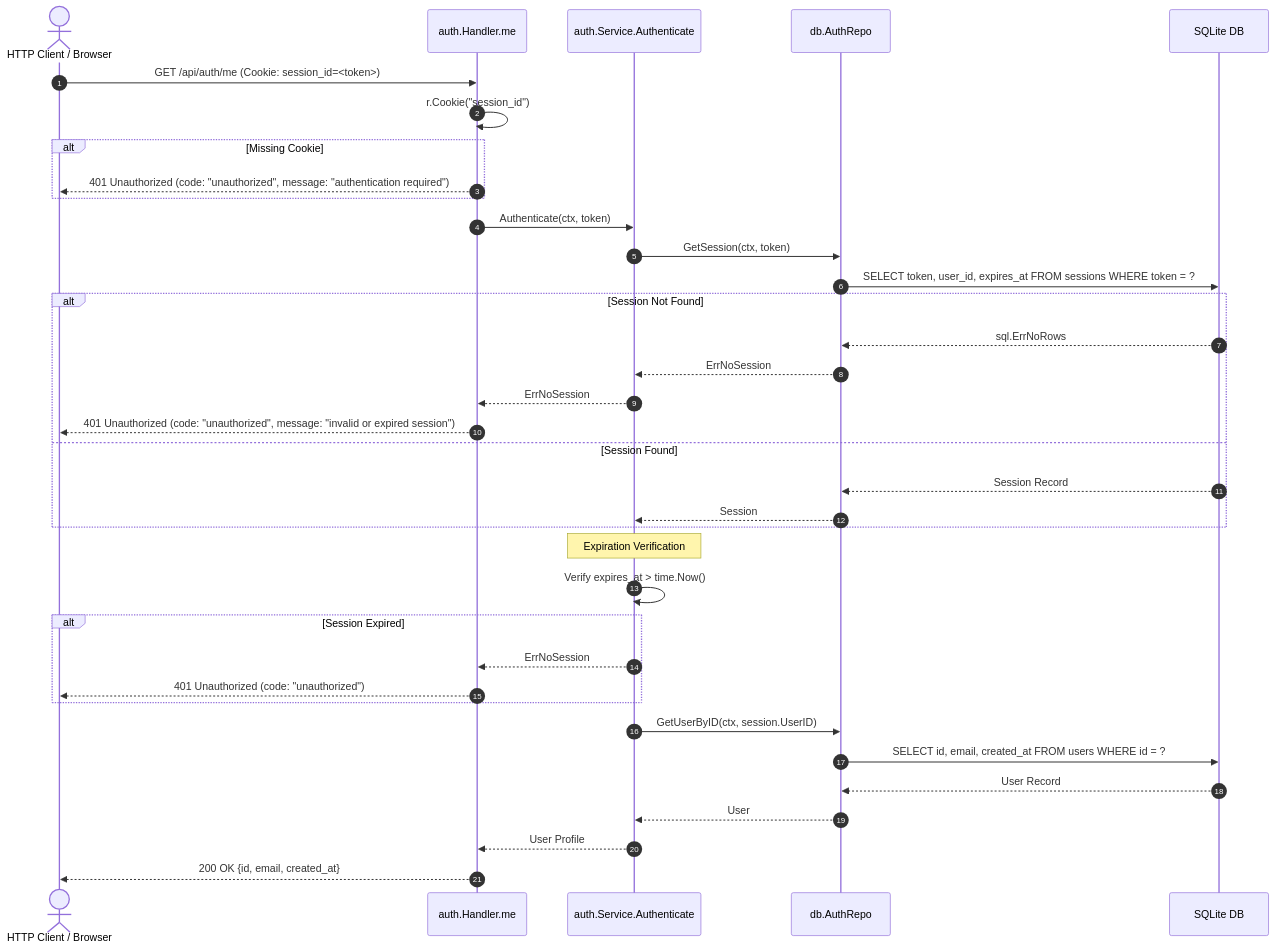
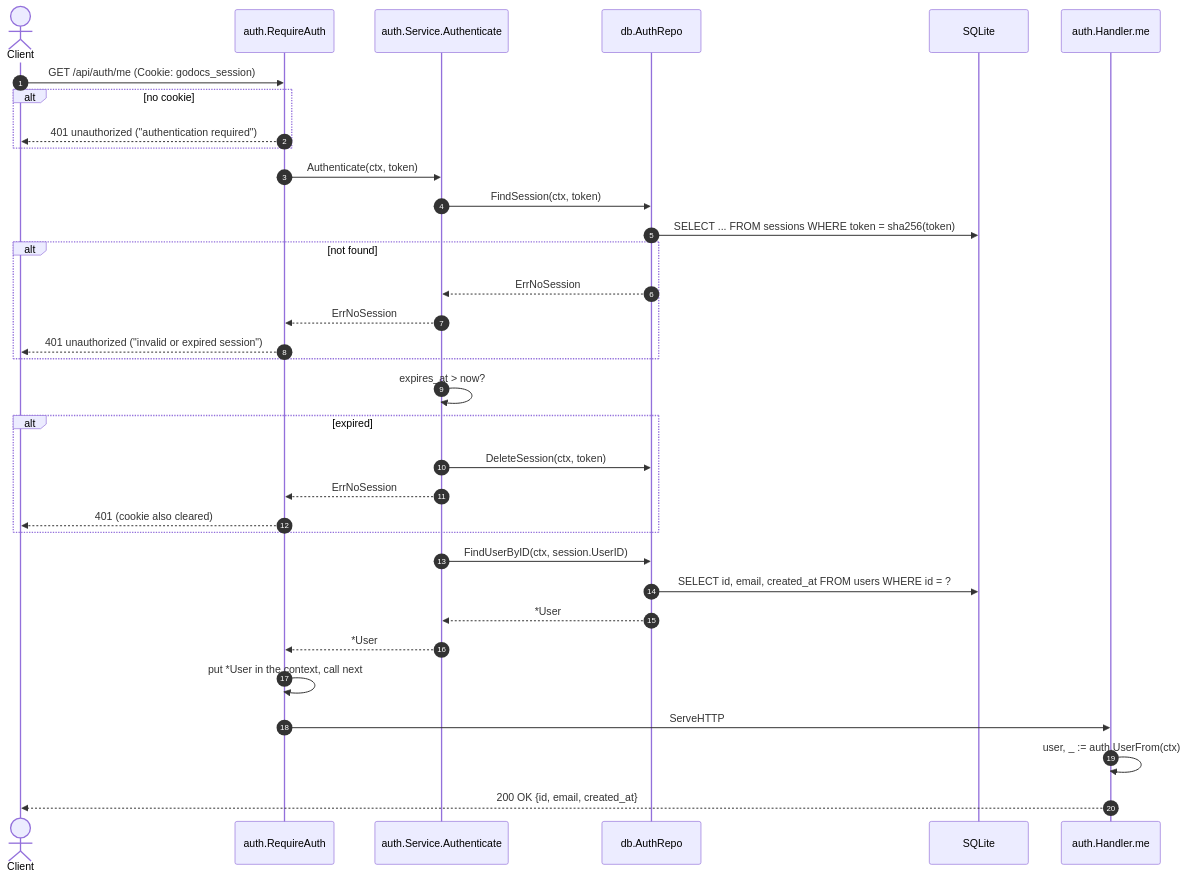
One commit to nhhthong/godocs changed the diagram in resources/flow/auth_me.md. Above: the diagram before and after it, drawn with Mermaid. The commit also changed other lines of this file and 28 other files, not shown here.

````diff
--- a/resources/flow/auth_me.md
+++ b/resources/flow/auth_me.md
@@ -28,43 +32,42 @@
 ```mermaid
 sequenceDiagram
     autonumber
-    actor Client as HTTP Client / Browser
-    participant Handler as auth.Handler.me
-    participant Svc as auth.Service.Authenticate
-    participant Repo as db.AuthRepo
-    participant DB as SQLite DB
+    actor Client
+    participant MW as auth.RequireAuth
+    participant S as auth.Service.Authenticate
+    participant R as db.AuthRepo
+    participant DB as SQLite
+    participant H as auth.Handler.me
 
-    Client->>Handler: GET /api/auth/me (Cookie: session_id=<token>)
+    Client->>MW: GET /api/auth/me (Cookie: godocs_session)
 
-    Handler->>Handler: r.Cookie("session_id")
-    alt Missing Cookie
-        Handler-->>Client: 401 Unauthorized (code: "unauthorized", message: "authentication required")
+    alt no cookie
+        MW-->>Client: 401 unauthorized ("authentication required")
     end
 
-    Handler->>Svc: Authenticate(ctx, token)
-    Svc->>Repo: GetSession(ctx, token)
-    Repo->>DB: SELECT token, user_id, expires_at FROM sessions WHERE token = ?
-    alt Session Not Found
-        DB-->>Repo: sql.ErrNoRows
-        Repo-->>Svc: ErrNoSession
-        Svc-->>Handler: ErrNoSession
-        Handler-->>Client: 401 Unauthorized (code: "unauthorized", message: "invalid or expired session")
-    else Session Found
-        DB-->>Repo: Session Record
-        Repo-->>Svc: Session
+    MW->>S: Authenticate(ctx, token)
+    S->>R: FindSession(ctx, token)
+    R->>DB: SELECT ... FROM sessions WHERE token = sha256(token)
+    alt not found
+        R-->>S: ErrNoSession
+        S-->>MW: ErrNoSession
+        MW-->>Client: 401 unauthorized ("invalid or expired session")
     end
 
-    Note over Svc: Expiration Verification
-    Svc->>Svc: Verify expires_at > time.Now()
-    alt Session Expired
-        Svc-->>Handler: ErrNoSession
-        Handler-->>Client: 401 Unauthorized (code: "unauthorized")
+    S->>S: expires_at > now?
+    alt expired
+        S->>R: DeleteSession(ctx, token)
+        S-->>MW: ErrNoSession
+        MW-->>Client: 401 (cookie also cleared)
     end
 
-    Svc->>Repo: GetUserByID(ctx, session.UserID)
-    Repo->>DB: SELECT id, email, created_at FROM users WHERE id = ?
-    DB-->>Repo: User Record
-    Repo-->>Svc: User
-    Svc-->>Handler: User Profile
-    Handler-->>Client: 200 OK {id, email, created_at}
+    S->>R: FindUserByID(ctx, session.UserID)
+    R->>DB: SELECT id, email, created_at FROM users WHERE id = ?
+    R-->>S: *User
+    S-->>MW: *User
+
+    MW->>MW: put *User in the context, call next
+    MW->>H: ServeHTTP
+    H->>H: user, _ := auth.UserFrom(ctx)
+    H-->>Client: 200 OK {id, email, created_at}
 ```
````
